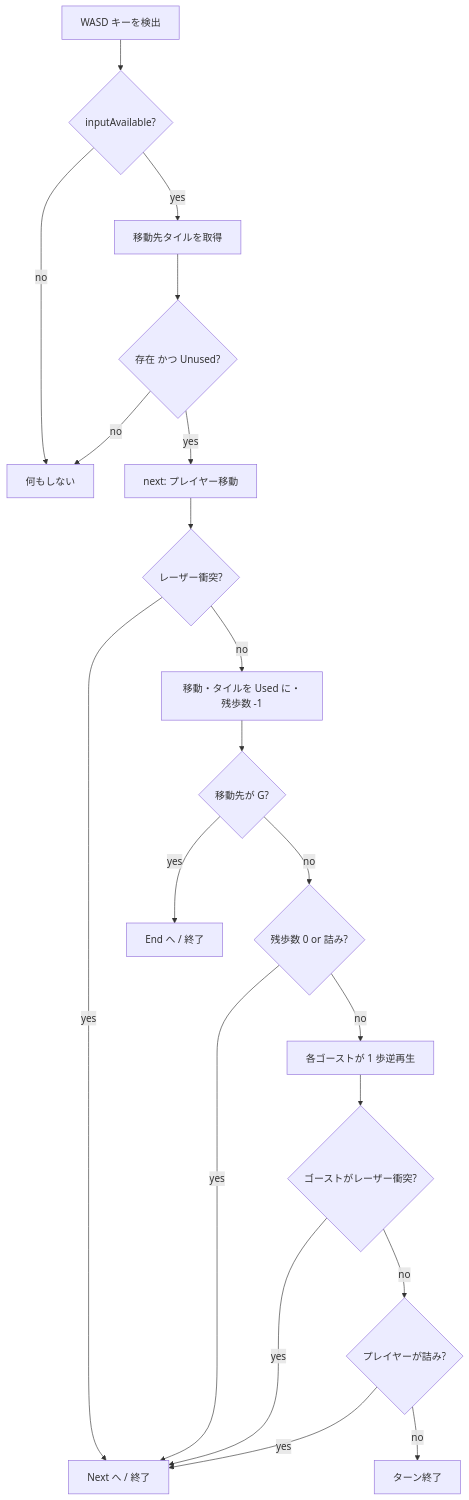
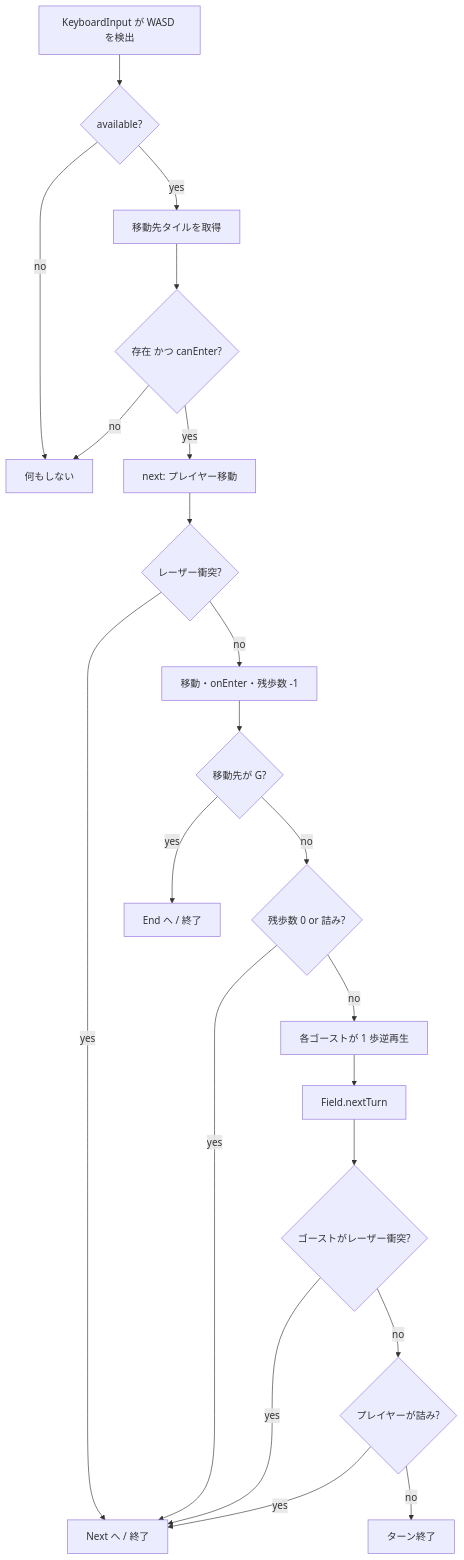
Before and after one commit to Asynchronous-0x4C/LoopCut: the diagram in dev-docs/02-game-rules.md, drawn with Mermaid. The commit also changed other lines of this file and 18 other files, not shown here.

````diff
--- a/dev-docs/02-game-rules.md
+++ b/dev-docs/02-game-rules.md
@@ -155,22 +165,23 @@
 ```mermaid
 flowchart TD
-  A[WASD キーを検出] --> B{inputAvailable?}
+  A[KeyboardInput が WASD を検出] --> B{available?}
   B -- no --> Z[何もしない]
   B -- yes --> C[移動先タイルを取得]
-  C --> D{存在 かつ Unused?}
+  C --> D{存在 かつ canEnter?}
   D -- no --> Z
   D -- yes --> E[next: プレイヤー移動]
   E --> F{レーザー衝突?}
   F -- yes --> X[Next へ / 終了]
-  F -- no --> G[移動・タイルを Used に・残歩数 -1]
+  F -- no --> G[移動・onEnter・残歩数 -1]
   G --> H{移動先が G?}
   H -- yes --> Y[End へ / 終了]
   H -- no --> I{残歩数 0 or 詰み?}
   I -- yes --> X
   I -- no --> J[各ゴーストが 1 歩逆再生]
-  J --> K{ゴーストがレーザー衝突?}
+  J --> J2[Field.nextTurn]
+  J2 --> K{ゴーストがレーザー衝突?}
   K -- yes --> X
   K -- no --> L{プレイヤーが詰み?}
   L -- yes --> X
   L -- no --> M[ターン終了]
 ```
````
